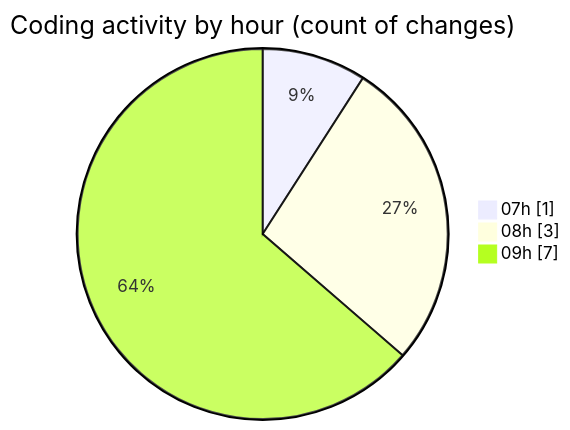
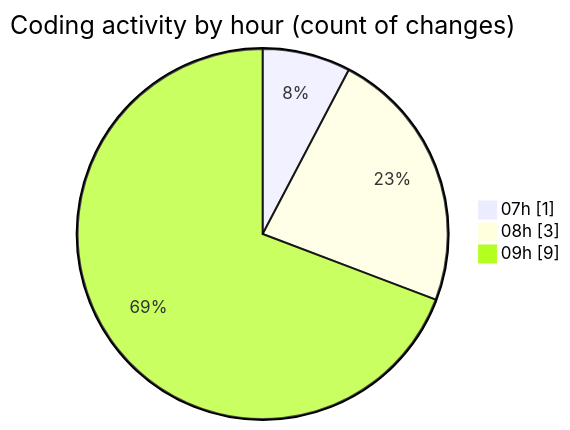
One commit to tmsrecording-cyber/code-tracking changed the second of 2 diagrams in 2026-02-02/singularitybrainai/README.md. Above: the diagram before and after it, drawn with Mermaid. The commit also changed other lines of this file and 1 other file, not shown here.

````diff
--- a/2026-02-02/singularitybrainai/README.md
+++ b/2026-02-02/singularitybrainai/README.md
@@ -28,7 +30,7 @@
 ```mermaid
 pie showData
 title Coding activity by hour (count of changes)
 "07h" : 1
 "08h" : 3
-"09h" : 7
+"09h" : 9
 ```
````
